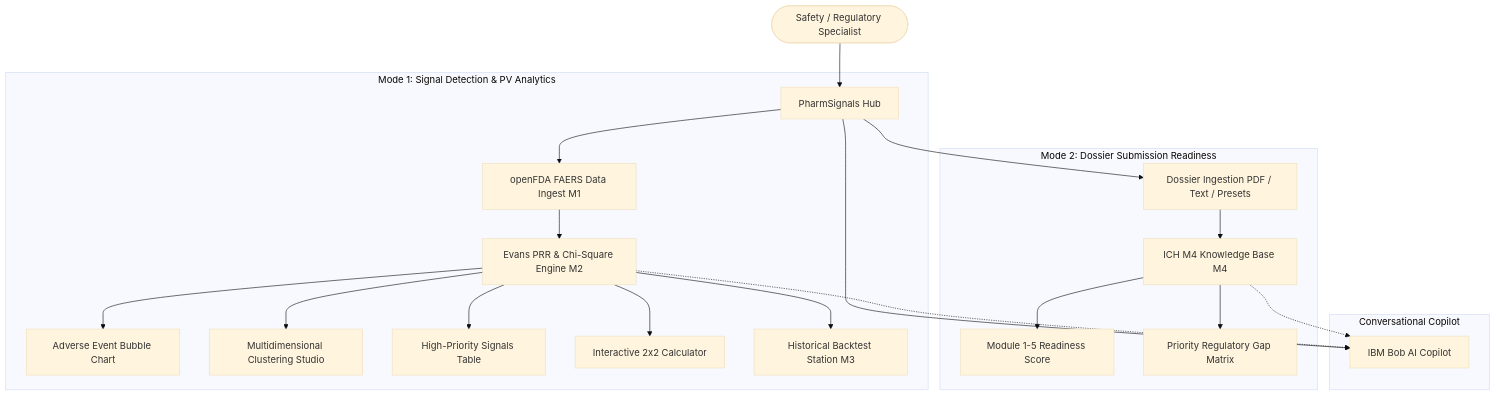
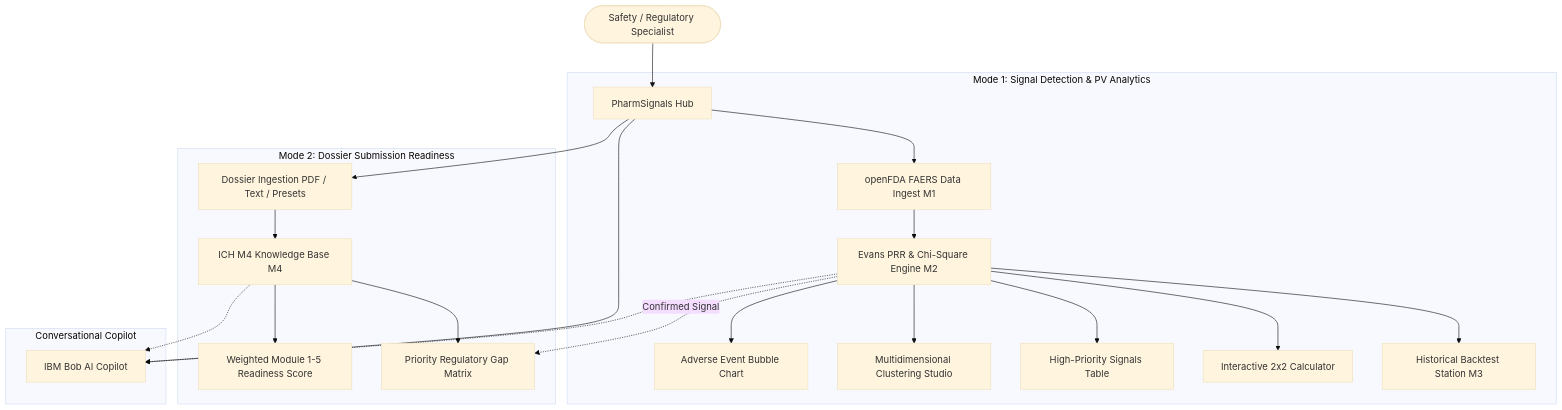
One commit to Vivek-Maheshwari-07/bob-ai-hackathon--DemonSlayer changed the diagram in README.md. Above: the diagram before and after it, drawn with Mermaid (base theme). The commit also changed other lines of this file and 30 other files, not shown here.

````diff
--- a/README.md
+++ b/README.md
@@ -66,27 +70,29 @@
 ```mermaid
 flowchart TD
     User([Safety / Regulatory Specialist]) --> Hub[PharmSignals Hub]
 
     subgraph Mode_1 [Mode 1: Signal Detection & PV Analytics]
         Hub --> FAERS[openFDA FAERS Data Ingest M1]
         FAERS --> PRR[Evans PRR & Chi-Square Engine M2]
         PRR --> Bubble[Adverse Event Bubble Chart]
         PRR --> Cluster[Multidimensional Clustering Studio]
         PRR --> Table[High-Priority Signals Table]
         PRR --> Calc[Interactive 2x2 Calculator]
         PRR --> Twin[Historical Backtest Station M3]
     end
 
     subgraph Mode_2 [Mode 2: Dossier Submission Readiness]
         Hub --> Ingest[Dossier Ingestion PDF / Text / Presets]
         Ingest --> RAG[ICH M4 Knowledge Base M4]
-        RAG --> Score[Module 1-5 Readiness Score]
+        RAG --> Score[Weighted Module 1-5 Readiness Score]
         RAG --> Gap[Priority Regulatory Gap Matrix]
     end
+
+    PRR -.Confirmed Signal.-> Gap
 
     subgraph Copilot [Conversational Copilot]
         Hub --> Bob[IBM Bob AI Copilot]
         PRR -.-> Bob
         RAG -.-> Bob
     end
 ```
````
